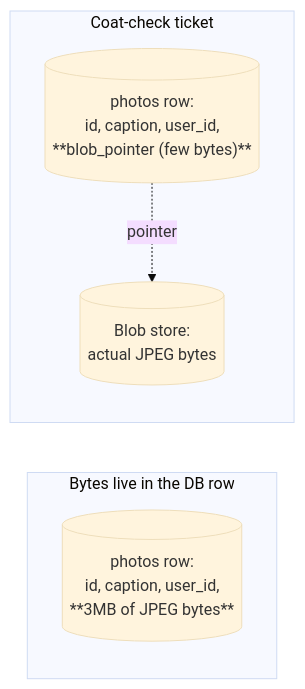
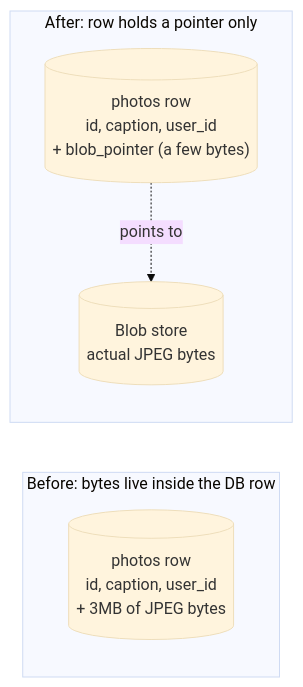
Before and after one commit to riyaz-pasha/Learnings: the first of 13 diagrams in system-design/HLD/0-course/33-Design-Instagram-FAANG-Guide-story.md, drawn with Mermaid (base theme). The commit also changed other lines of this file and 5 other files, not shown here.

Commit message:
[REWRITE] Design Newsfeed story guide: simplify prose, add structure, fix diagrams

````diff
--- a/system-design/HLD/0-course/33-Design-Instagram-FAANG-Guide-story.md
+++ b/system-design/HLD/0-course/33-Design-Instagram-FAANG-Guide-story.md
@@ -19,11 +79,11 @@
 ```mermaid
 flowchart LR
-    subgraph Before["Bytes live in the DB row"]
-        Row1[("photos row:\nid, caption, user_id,\n**3MB of JPEG bytes**")]
+    subgraph Before["Before: bytes live inside the DB row"]
+        Row1[("photos row<br/>id, caption, user_id<br/>+ 3MB of JPEG bytes")]
     end
-    subgraph After["Coat-check ticket"]
-        Row2[("photos row:\nid, caption, user_id,\n**blob_pointer (few bytes)**")]
-        Blob[("Blob store:\nactual JPEG bytes")]
-        Row2 -.->|"pointer"| Blob
+    subgraph After["After: row holds a pointer only"]
+        Row2[("photos row<br/>id, caption, user_id<br/>+ blob_pointer (a few bytes)")]
+        Blob[("Blob store<br/>actual JPEG bytes")]
+        Row2 -.->|points to| Blob
     end
 ```
````
